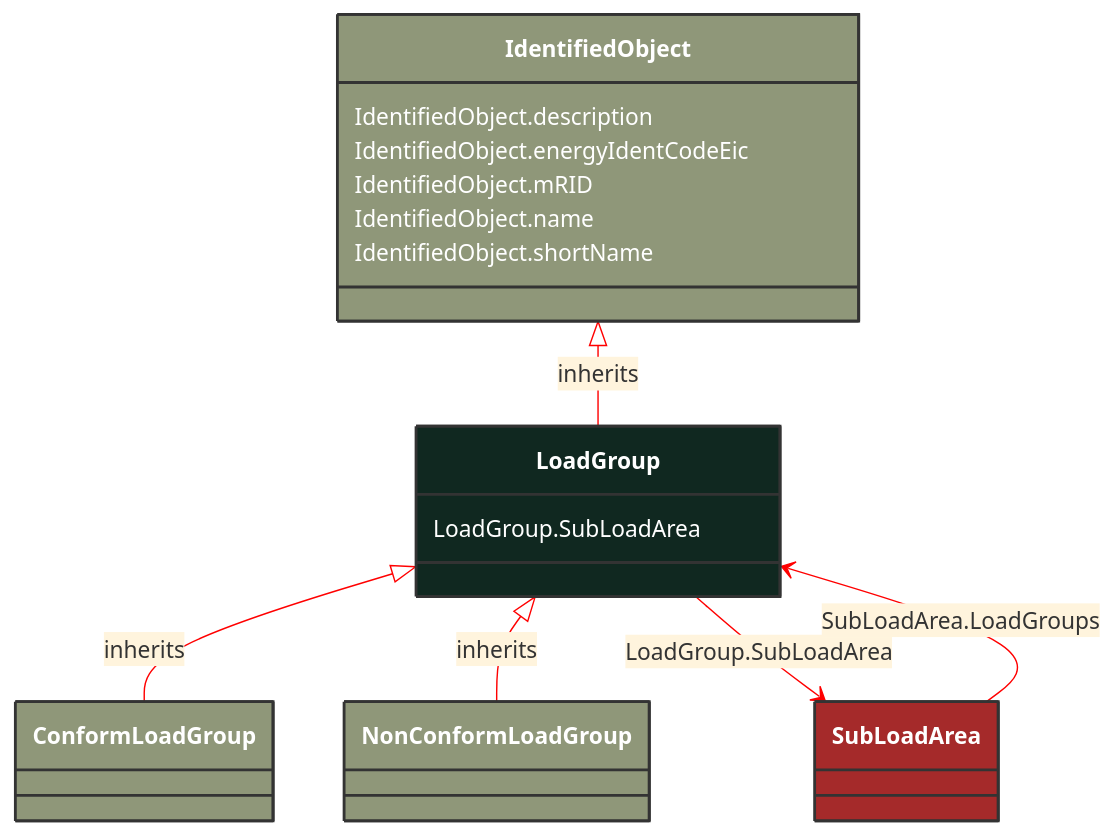
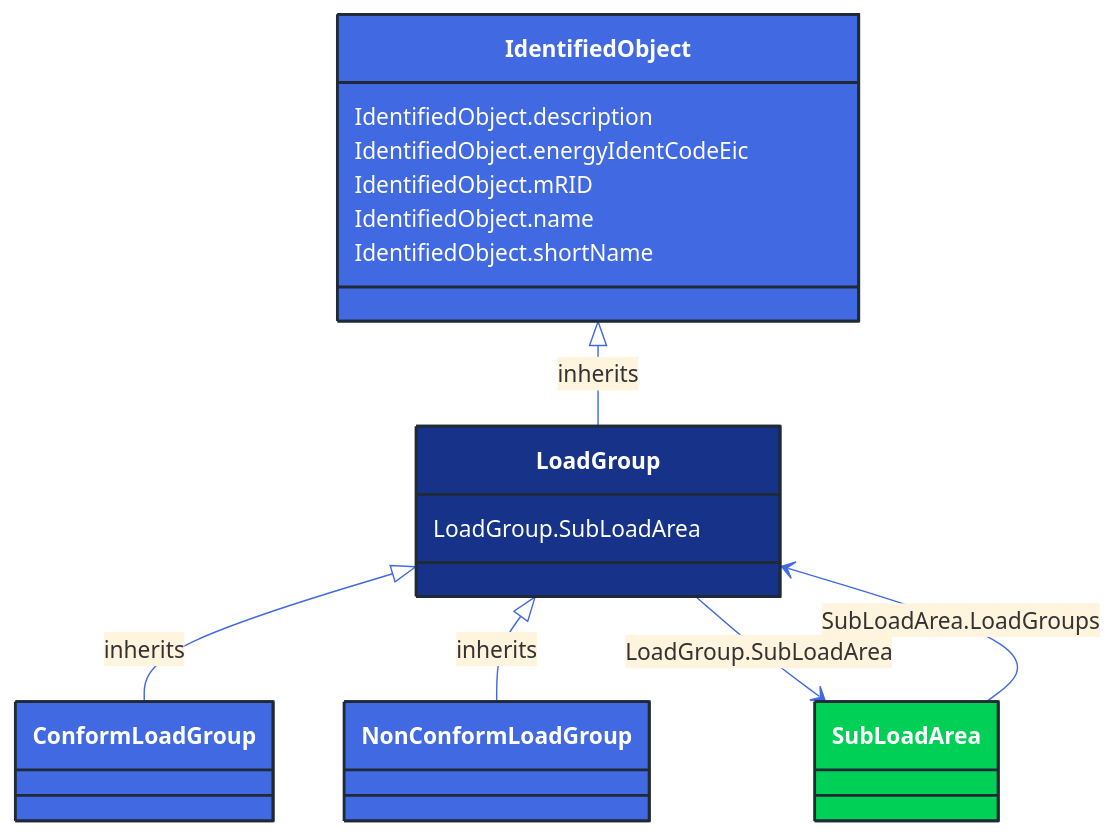
One commit to 3lbits/NoCIMExtensions changed the diagram in docs/Models/Profiles/CoreEquipment/AbstractClasses/LoadGroup.md. Above: the diagram before and after it, drawn with Mermaid. The commit also changed 362 other files, not shown here.

First line of the commit message:
Update diagrams and styles for improved visual consistency

````diff
--- a/docs/Models/Profiles/CoreEquipment/AbstractClasses/LoadGroup.md
+++ b/docs/Models/Profiles/CoreEquipment/AbstractClasses/LoadGroup.md
@@ -10,43 +10,43 @@
 ```mermaid
-%%{init: {'theme':'base','themeVariables': {'lineColor': '#FF0000'}}}%%
+%%{init: {'theme':'base','themeVariables': {'lineColor': '#4169E1'}}}%%
 classDiagram
     class LoadGroup
     click LoadGroup href "/Models/Profiles/CoreEquipment/AbstractClasses/LoadGroup/"
-    style LoadGroup fill:#102820,stroke:#333,stroke-width:2px,rx:10,ry:10,color:white
+    style LoadGroup fill:#163289,stroke:#1F2A37,stroke-width:2px,rx:10,ry:10,color:white
 
         LoadGroup <|-- ConformLoadGroup : inherits
 
         ConformLoadGroup
             click ConformLoadGroup href "/Models/Profiles/CoreEquipment/ConcreteClasses/ConformLoadGroup/"
-            style ConformLoadGroup fill:#8F9779,stroke:#333,stroke-width:2px,rx:10,ry:10,color:white
+            style ConformLoadGroup fill:#4169E1,stroke:#1F2A37,stroke-width:2px,rx:10,ry:10,color:white
 
         LoadGroup <|-- NonConformLoadGroup : inherits
 
         NonConformLoadGroup
             click NonConformLoadGroup href "/Models/Profiles/CoreEquipment/ConcreteClasses/NonConformLoadGroup/"
-            style NonConformLoadGroup fill:#8F9779,stroke:#333,stroke-width:2px,rx:10,ry:10,color:white
+            style NonConformLoadGroup fill:#4169E1,stroke:#1F2A37,stroke-width:2px,rx:10,ry:10,color:white
      
         IdentifiedObject <|-- LoadGroup : inherits
             click IdentifiedObject href "/Models/Profiles/CoreEquipment/AbstractClasses/IdentifiedObject/"
-            style IdentifiedObject fill:#8F9779,stroke:#333,stroke-width:2px,rx:10,ry:10,color:white
+            style IdentifiedObject fill:#4169E1,stroke:#1F2A37,stroke-width:2px,rx:10,ry:10,color:white
 
         LoadGroup --> SubLoadArea : LoadGroup.SubLoadArea
 
         SubLoadArea
             click SubLoadArea href "/Models/Profiles/CoreEquipment/ConcreteClasses/SubLoadArea/"
-            style SubLoadArea fill:#A52A2A,stroke:#333,stroke-width:2px,rx:10,ry:10,color:white
+            style SubLoadArea fill:#00D156,stroke:#1F2A37,stroke-width:2px,rx:10,ry:10,color:white
 
         SubLoadArea --> LoadGroup : SubLoadArea.LoadGroups
 
         SubLoadArea
             click SubLoadArea href "/Models/Profiles/CoreEquipment/ConcreteClasses/SubLoadArea/"
-            style SubLoadArea fill:#A52A2A,stroke:#333,stroke-width:2px,rx:10,ry:10,color:white
+            style SubLoadArea fill:#00D156,stroke:#1F2A37,stroke-width:2px,rx:10,ry:10,color:white
 
 
         LoadGroup : LoadGroup.SubLoadArea
         IdentifiedObject : IdentifiedObject.description
         IdentifiedObject : IdentifiedObject.energyIdentCodeEic
         IdentifiedObject : IdentifiedObject.mRID
         IdentifiedObject : IdentifiedObject.name
         IdentifiedObject : IdentifiedObject.shortName
 ```
````
